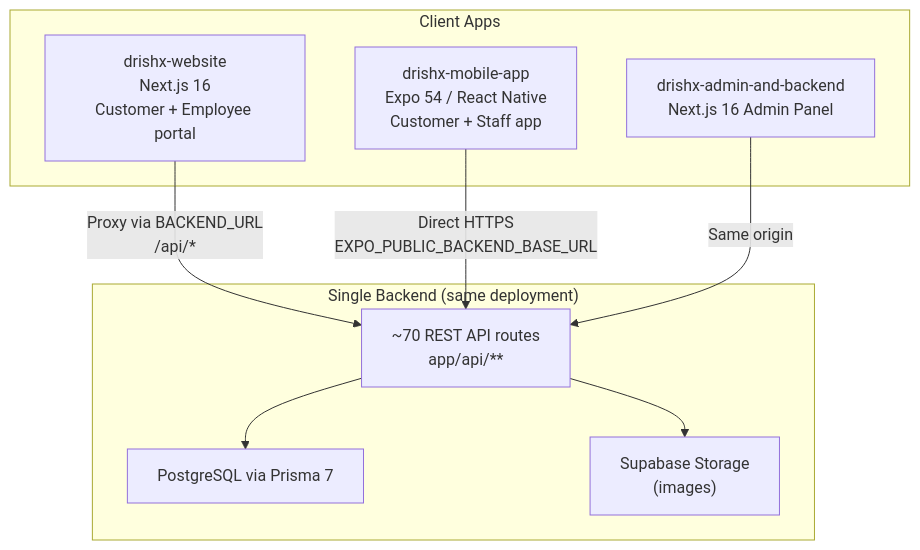
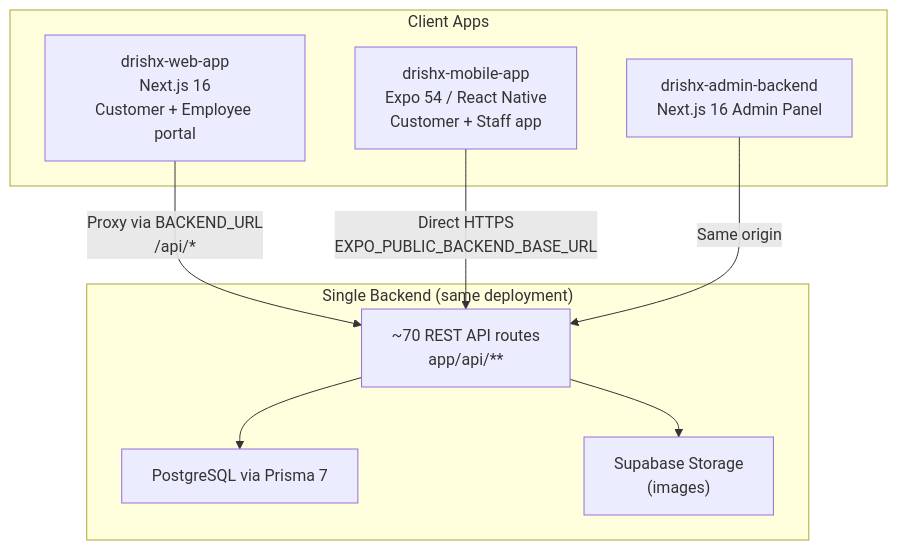
Before and after one commit to shreytanna15-prog/drishx-admin-backend: the diagram in docs/intro.md, drawn with Mermaid. The commit also changed other lines of this file and 15 other files, not shown here.

Commit message:
add RC-4 with new product catelog architecture task

````diff
--- a/docs/intro.md
+++ b/docs/intro.md
@@ -21,20 +21,20 @@
 ```mermaid
 flowchart TB
     subgraph clients ["Client Apps"]
-        Web["drishx-website<br/>Next.js 16<br/>Customer + Employee portal"]
+        Web["drishx-web-app<br/>Next.js 16<br/>Customer + Employee portal"]
         Mobile["drishx-mobile-app<br/>Expo 54 / React Native<br/>Customer + Staff app"]
-        Admin["drishx-admin-and-backend<br/>Next.js 16 Admin Panel"]
+        Admin["drishx-admin-backend<br/>Next.js 16 Admin Panel"]
     end
 
     subgraph backend ["Single Backend (same deployment)"]
         API["~70 REST API routes<br/>app/api/**"]
         DB["PostgreSQL via Prisma 7"]
         Storage["Supabase Storage<br/>(images)"]
     end
 
     Web -->|"Proxy via BACKEND_URL<br/>/api/*"| API
     Mobile -->|"Direct HTTPS<br/>EXPO_PUBLIC_BACKEND_BASE_URL"| API
     Admin -->|"Same origin"| API
     API --> DB
     API --> Storage
 ```
````
